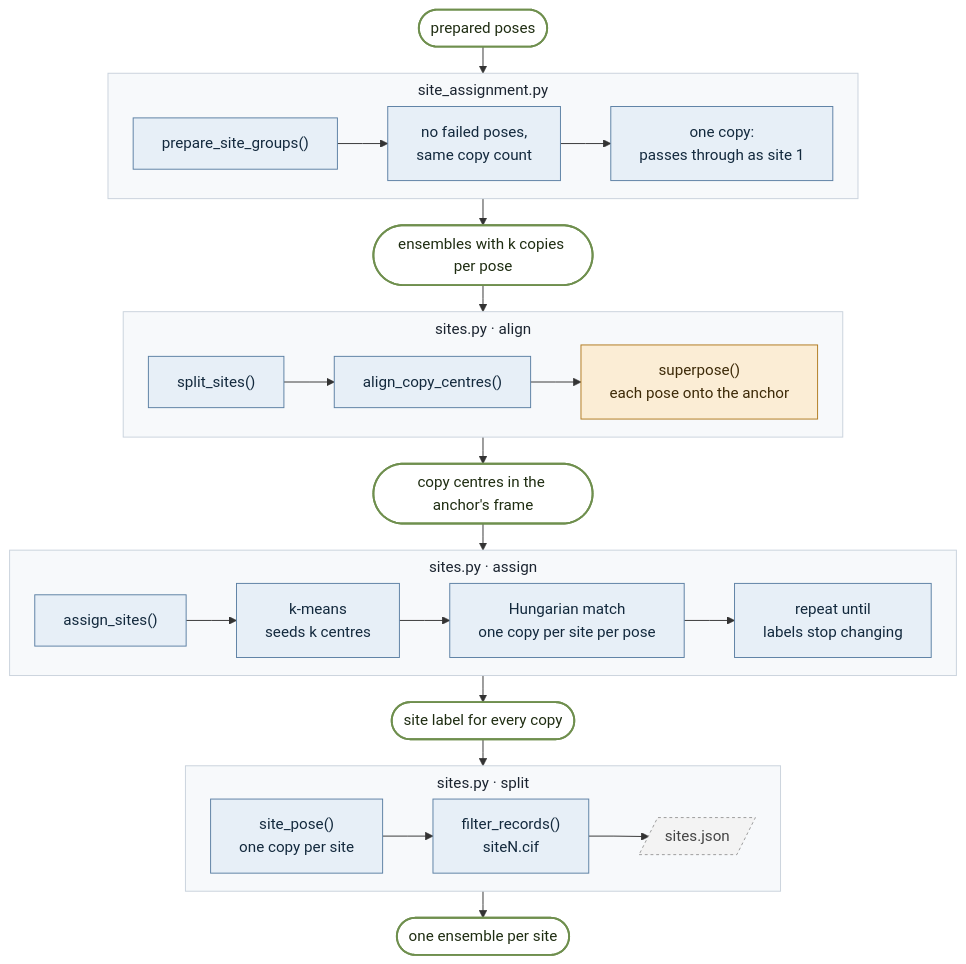
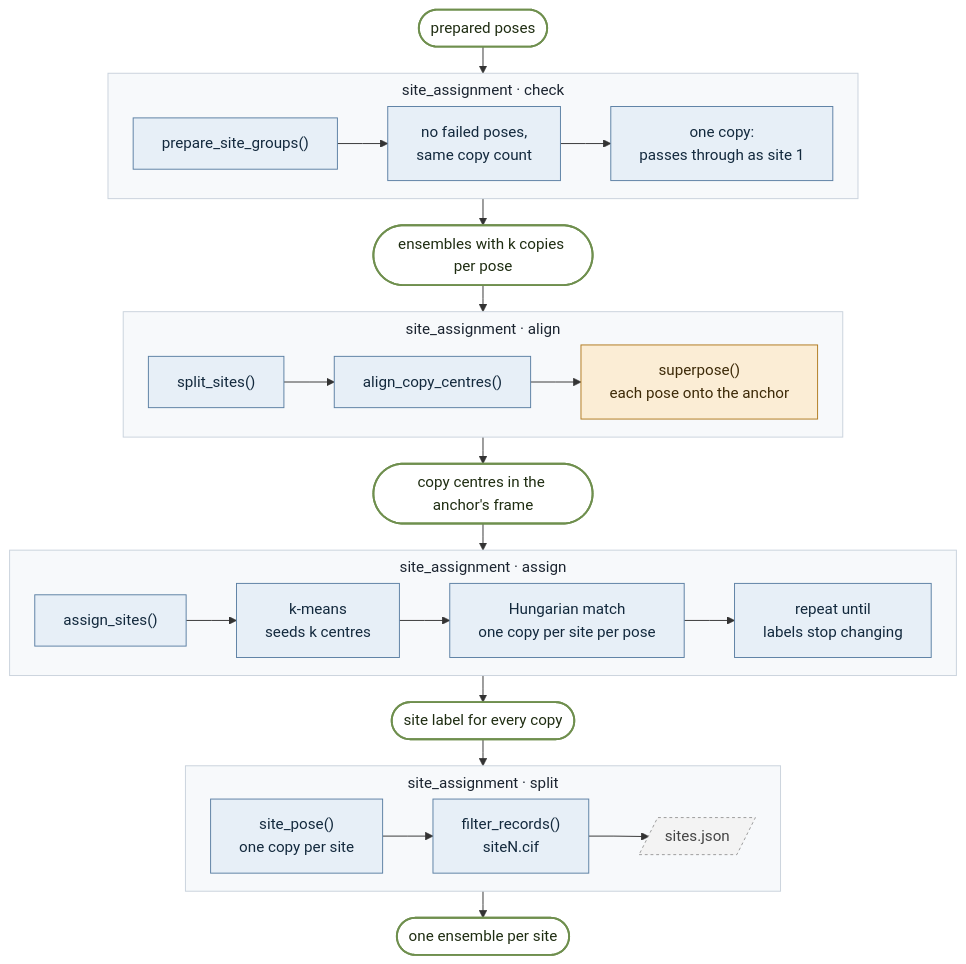
One commit to James-Broster/core-score changed the fifth of 9 diagrams in docs/code-map.md. Above: the diagram before and after it, drawn with Mermaid. The commit also changed other lines of this file and 17 other files, not shown here.

````diff
--- a/docs/code-map.md
+++ b/docs/code-map.md
@@ -241,39 +240,39 @@
 ```mermaid
 %%{init: {"flowchart": {"curve": "linear", "nodeSpacing": 18, "rankSpacing": 28, "subGraphTitleMargin": {"top": 6, "bottom": 10}}}}%%
 flowchart TB
     classDef fn fill:#e7eff7,stroke:#5b7fa3,color:#13293d
     classDef ost fill:#fbedd5,stroke:#b07a1e,color:#3d2a08
     classDef data fill:#ffffff,stroke:#6f8f4e,color:#1f2d12,stroke-width:2px
     classDef file fill:#f3f3f3,stroke:#9a9a9a,color:#444,stroke-dasharray:3 3
     classDef stage fill:#f7f9fb,stroke:#c9d2dc,color:#1b2430
 
     start(["prepared poses"]):::data
 
-    subgraph S1["site_assignment.py"]
+    subgraph S1["site_assignment · check"]
         direction LR
         a1["prepare_site_groups()"]:::fn --> a2["no failed poses,<br/>same copy count"]:::fn --> a3["one copy:<br/>passes through as site 1"]:::fn
     end
     d1(["ensembles with k copies per pose"]):::data
 
-    subgraph S2["sites.py · align"]
+    subgraph S2["site_assignment · align"]
         direction LR
         b1["split_sites()"]:::fn --> b2["align_copy_centres()"]:::fn --> b3["superpose()<br/>each pose onto the anchor"]:::ost
     end
     d2(["copy centres in the anchor's frame"]):::data
 
-    subgraph S3["sites.py · assign"]
+    subgraph S3["site_assignment · assign"]
         direction LR
         c1["assign_sites()"]:::fn --> c2["k-means<br/>seeds k centres"]:::fn --> c3["Hungarian match<br/>one copy per site per pose"]:::fn --> c4["repeat until<br/>labels stop changing"]:::fn
     end
     d3(["site label for every copy"]):::data
 
-    subgraph S4["sites.py · split"]
+    subgraph S4["site_assignment · split"]
         direction LR
         e1["site_pose()<br/>one copy per site"]:::fn --> e2["filter_records()<br/>siteN.cif"]:::fn --> e3[/"sites.json"/]:::file
     end
     d4(["one ensemble per site"]):::data
 
     start --> S1 --> d1 --> S2 --> d2 --> S3 --> d3 --> S4 --> d4
 
     class S1,S2,S3,S4 stage
 ```
````
